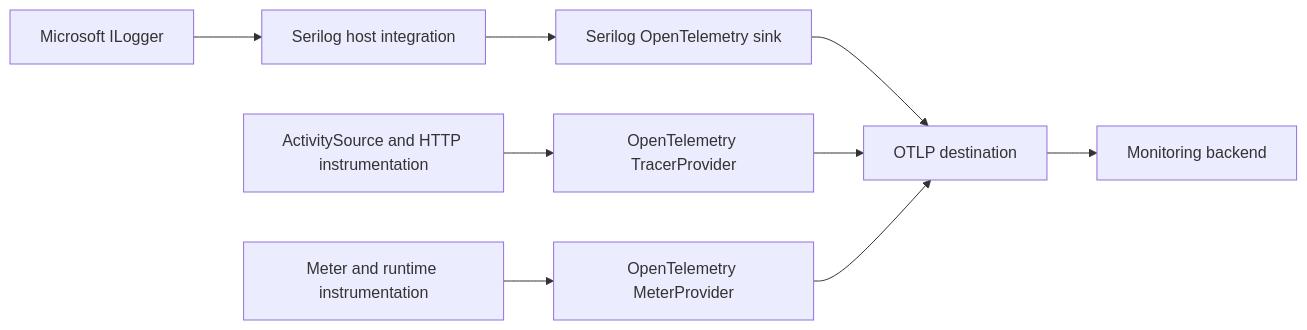
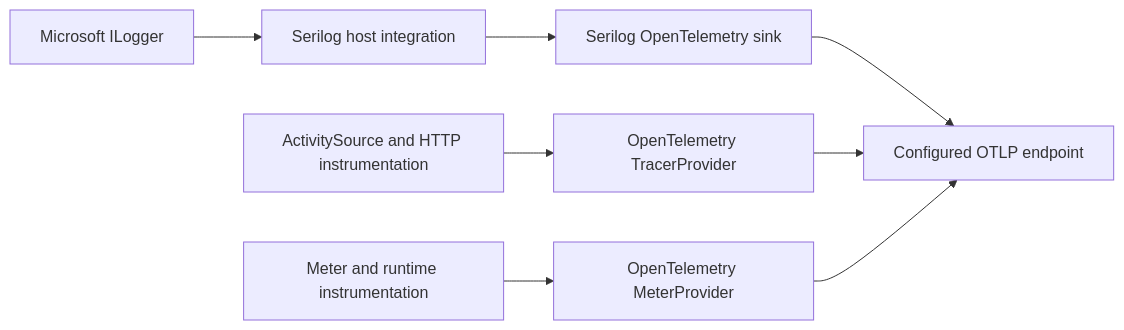
Before and after one commit to knightfall/scaleset.NET: the diagram in docs/migration/OBSERVABILITY-CONFIGURATION.md, drawn with Mermaid. The commit also changed other lines of this file and 3 other files, not shown here.

Commit message:
docs: simplify telemetry export to configured OTLP endpoint

````diff
--- a/docs/migration/OBSERVABILITY-CONFIGURATION.md
+++ b/docs/migration/OBSERVABILITY-CONFIGURATION.md
@@ -9,11 +9,10 @@
 ```mermaid
 flowchart LR
     L[Microsoft ILogger] --> S[Serilog host integration]
     S --> LS[Serilog OpenTelemetry sink]
     A[ActivitySource and HTTP instrumentation] --> T[OpenTelemetry TracerProvider]
     M[Meter and runtime instrumentation] --> MP[OpenTelemetry MeterProvider]
-    LS --> E[OTLP destination]
+    LS --> E[Configured OTLP endpoint]
     T --> E
     MP --> E
-    E --> B[Monitoring backend]
 ```
````
